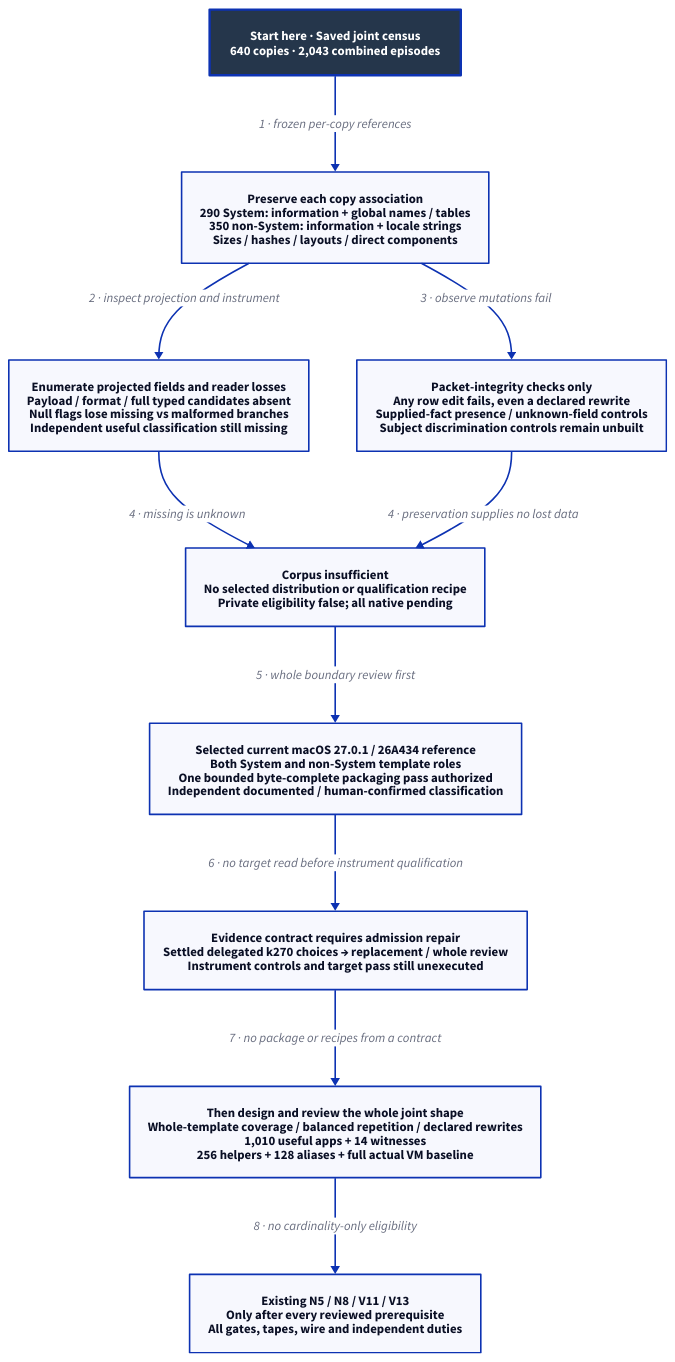
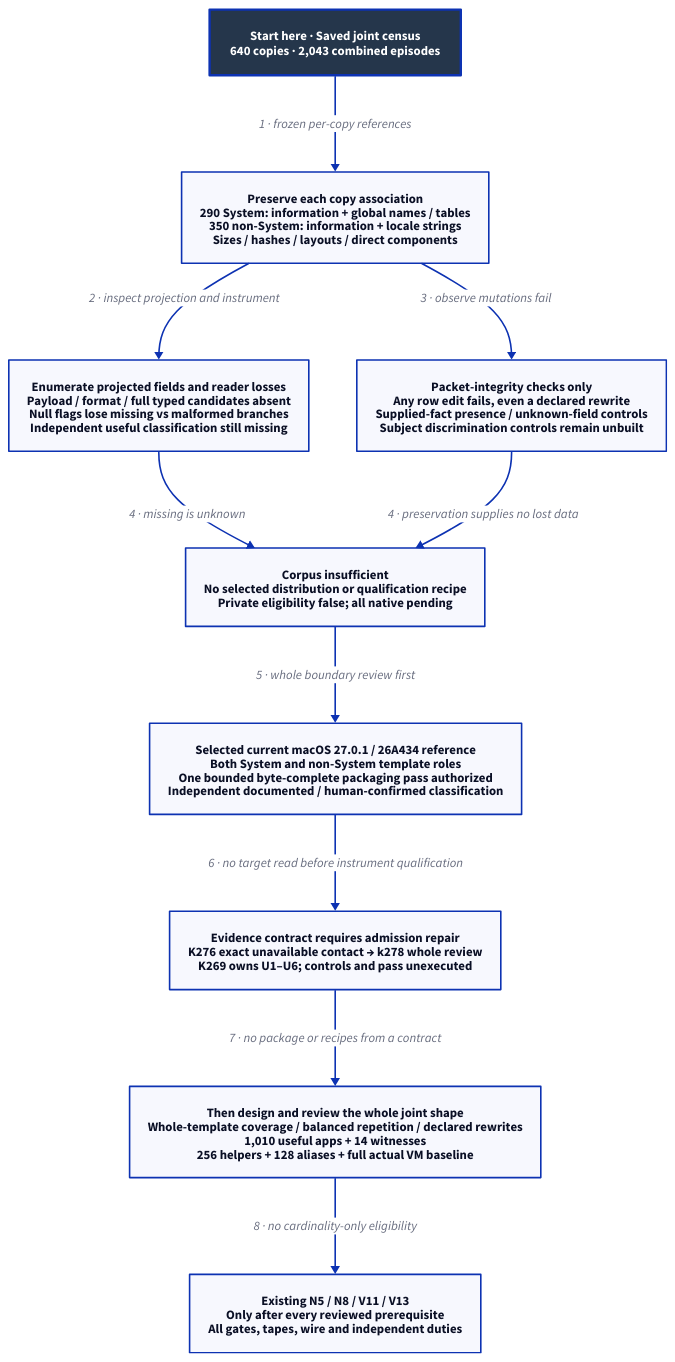
Before and after one commit to Linkuistics/Koine: the diagram in docs/design/architecture/native-population-metadata-shape.d2, drawn with D2. The commit also changed 28 other files, not shown here.

Commit message:
Design full reference contact boundary (reference-evidence-full-contact-boundary-k276)

```diff
--- a/docs/design/architecture/native-population-metadata-shape.d2
+++ b/docs/design/architecture/native-population-metadata-shape.d2
@@ -1,23 +1,23 @@
 # Historical boundary and selected current-reference requirements; no useful subject or native pass.
 direction: down
 classes: {
   start: {style: {fill: "#25364B"; font-color: "#FFFFFF"; bold: true; stroke-width: 3}}
 }
 Start: "Start here · Saved joint census\n640 copies · 2,043 combined episodes" {class: start}
 Known: "Preserve each copy association\n290 System: information + global names / tables\n350 non-System: information + locale strings\nSizes / hashes / layouts / direct components"
 Missing: "Enumerate projected fields and reader losses\nPayload / format / full typed candidates absent\nNull flags lose missing vs malformed branches\nIndependent useful classification still missing"
 Control: "Packet-integrity checks only\nAny row edit fails, even a declared rewrite\nSupplied-fact presence / unknown-field controls\nSubject discrimination controls remain unbuilt"
 Boundary: "Corpus insufficient\nNo selected distribution or qualification recipe\nPrivate eligibility false; all native pending"
 Decision: "Selected current macOS 27.0.1 / 26A434 reference\nBoth System and non-System template roles\nOne bounded byte-complete packaging pass authorized\nIndependent documented / human-confirmed classification"
-Contract: "Evidence contract requires admission repair\nSettled delegated k270 choices → replacement / whole review\nInstrument controls and target pass still unexecuted"
+Contract: "Evidence contract requires admission repair\nK276 exact unavailable contact → k278 whole review\nK269 owns U1–U6; controls and pass unexecuted"
 Design: "Then design and review the whole joint shape\nWhole-template coverage / balanced repetition / declared rewrites\n1,010 useful apps + 14 witnesses\n256 helpers + 128 aliases + full actual VM baseline"
 Native: "Existing N5 / N8 / V11 / V13\nOnly after every reviewed prerequisite\nAll gates, tapes, wire and independent duties"
 Start -> Known: "1 · frozen per-copy references"
 Known -> Missing: "2 · inspect projection and instrument"
 Known -> Control: "3 · observe mutations fail"
 Missing -> Boundary: "4 · missing is unknown"
 Control -> Boundary: "4 · preservation supplies no lost data"
 Boundary -> Decision: "5 · whole boundary review first"
 Decision -> Contract: "6 · no target read before instrument qualification"
 Contract -> Design: "7 · no package or recipes from a contract"
 Design -> Native: "8 · no cardinality-only eligibility"
```
